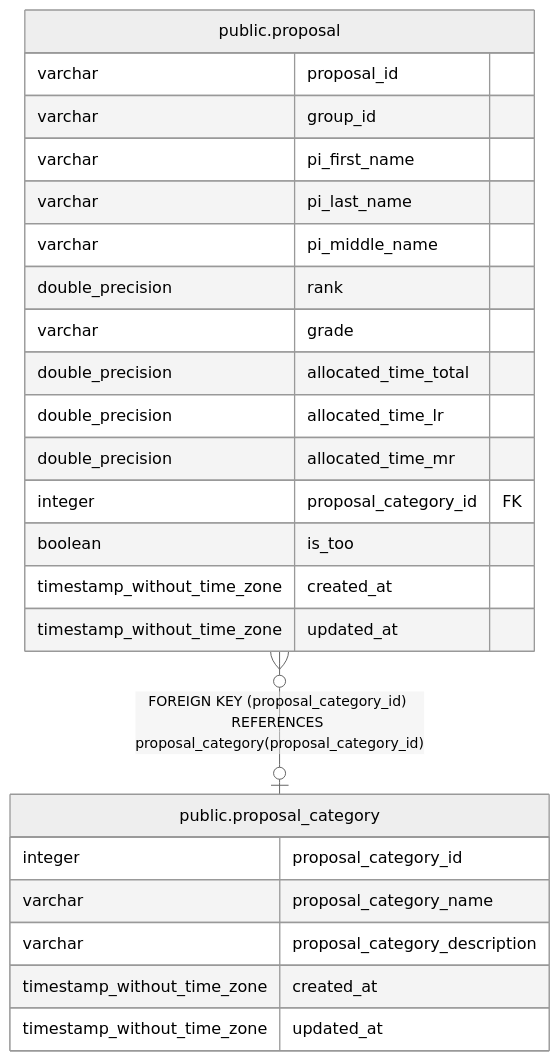
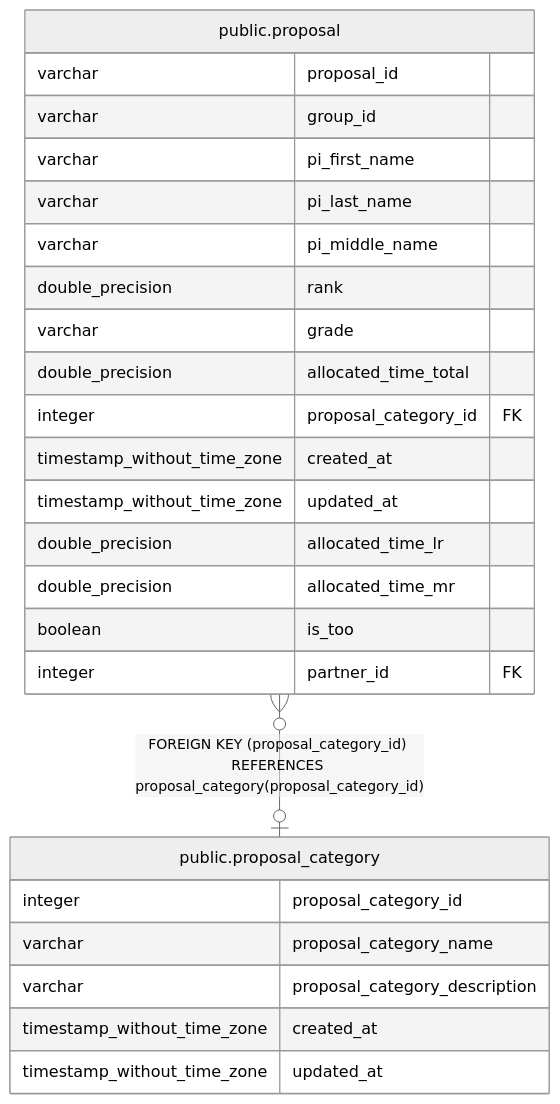
Before and after one commit to Subaru-PFS/ets_target_database: the diagram in docs/tbls/public.proposal_category.md, drawn with Mermaid (neutral theme). The commit also changed other lines of this file and 14 other files, not shown here.

Commit message:
ER diagram update

````diff
--- a/docs/tbls/public.proposal_category.md
+++ b/docs/tbls/public.proposal_category.md
@@ -31,29 +33,30 @@
 ```mermaid
 erDiagram
 
 "public.proposal" }o--o| "public.proposal_category" : "FOREIGN KEY (proposal_category_id) REFERENCES proposal_category(proposal_category_id)"
 
 "public.proposal_category" {
   integer proposal_category_id
   varchar proposal_category_name
   varchar proposal_category_description
   timestamp_without_time_zone created_at
   timestamp_without_time_zone updated_at
 }
 "public.proposal" {
   varchar proposal_id
   varchar group_id
   varchar pi_first_name
   varchar pi_last_name
   varchar pi_middle_name
   double_precision rank
   varchar grade
   double_precision allocated_time_total
+  integer proposal_category_id FK
+  timestamp_without_time_zone created_at
+  timestamp_without_time_zone updated_at
   double_precision allocated_time_lr
   double_precision allocated_time_mr
-  integer proposal_category_id FK
   boolean is_too
-  timestamp_without_time_zone created_at
-  timestamp_without_time_zone updated_at
+  integer partner_id FK
 }
 ```
````
